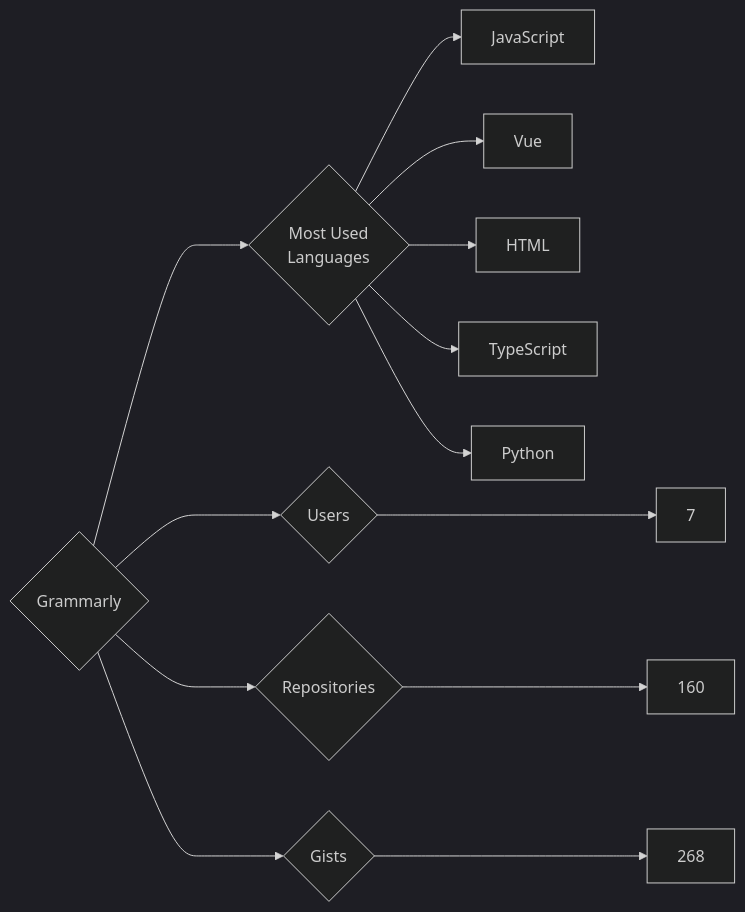
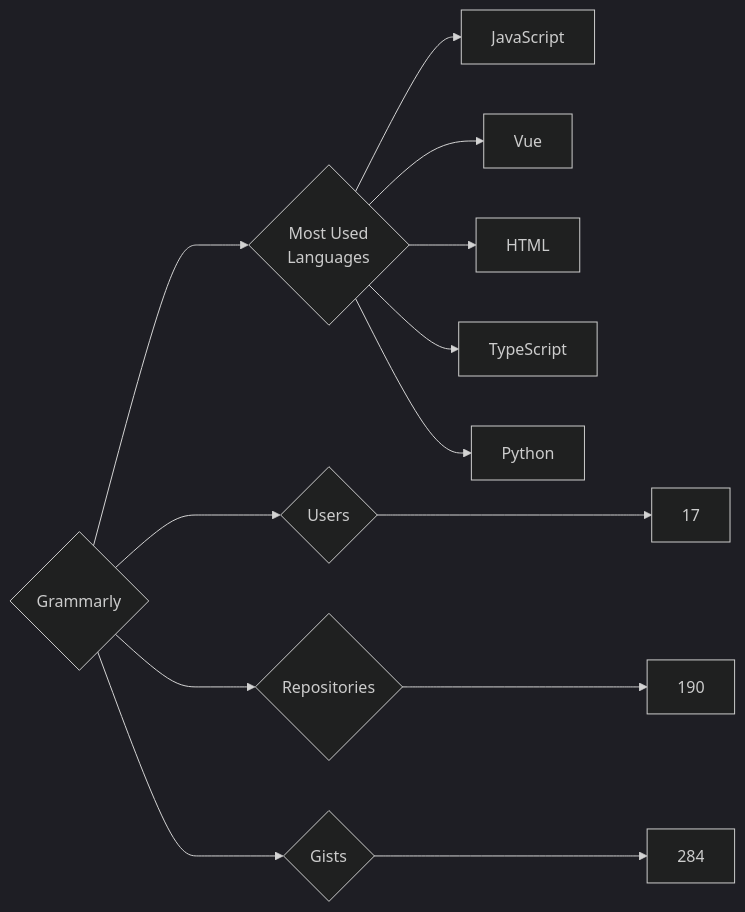
One commit to trickest/insiders changed the diagram in targets/Grammarly/README.md. Above: the diagram before and after it, drawn with Mermaid (dark theme). The commit also changed 1314 other files, not shown here.

````diff
--- a/targets/Grammarly/README.md
+++ b/targets/Grammarly/README.md
@@ -3,13 +3,13 @@
 ```mermaid
 graph LR
 COMPANY_NAME{Grammarly}
-COMPANY_NAME ---> U{Users} ---> UN[7]
-COMPANY_NAME ---> R{Repositories} ---> RN[160]
-COMPANY_NAME ---> G{Gists} ---> GN[268]
+COMPANY_NAME ---> U{Users} ---> UN[17]
+COMPANY_NAME ---> R{Repositories} ---> RN[190]
+COMPANY_NAME ---> G{Gists} ---> GN[284]
 COMPANY_NAME ---> ML{Most Used<br>Languages}
 ML --> JavaScript[JavaScript]
 ML --> Vue[Vue]
 ML --> HTML[HTML]
 ML --> TypeScript[TypeScript]
 ML --> Python[Python]
 ```
````
